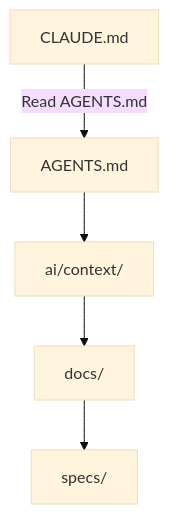
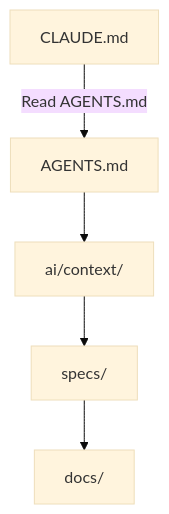
Before and after one commit to pjkober/ai-context-tree: the diagram in Uniwersalna struktura projektu dla AI-First Development.md, drawn with Mermaid (base theme). The commit also changed other lines of this file and 1 other file, not shown here.

````diff
--- a/Uniwersalna struktura projektu dla AI-First Development.md
+++ b/Uniwersalna struktura projektu dla AI-First Development.md
@@ -706,13 +721,13 @@
 ```mermaid
 flowchart TD
     CLAUDE[CLAUDE.md]
     AGENTS[AGENTS.md]
     CONTEXT[ai/context/]
+    SPECS[specs/]
     DOCS[docs/]
-    SPECS[specs/]
 
     CLAUDE -->|Read AGENTS.md| AGENTS
     AGENTS --> CONTEXT
-    CONTEXT --> DOCS
-    DOCS --> SPECS
+    CONTEXT --> SPECS
+    SPECS --> DOCS
 ```
````
